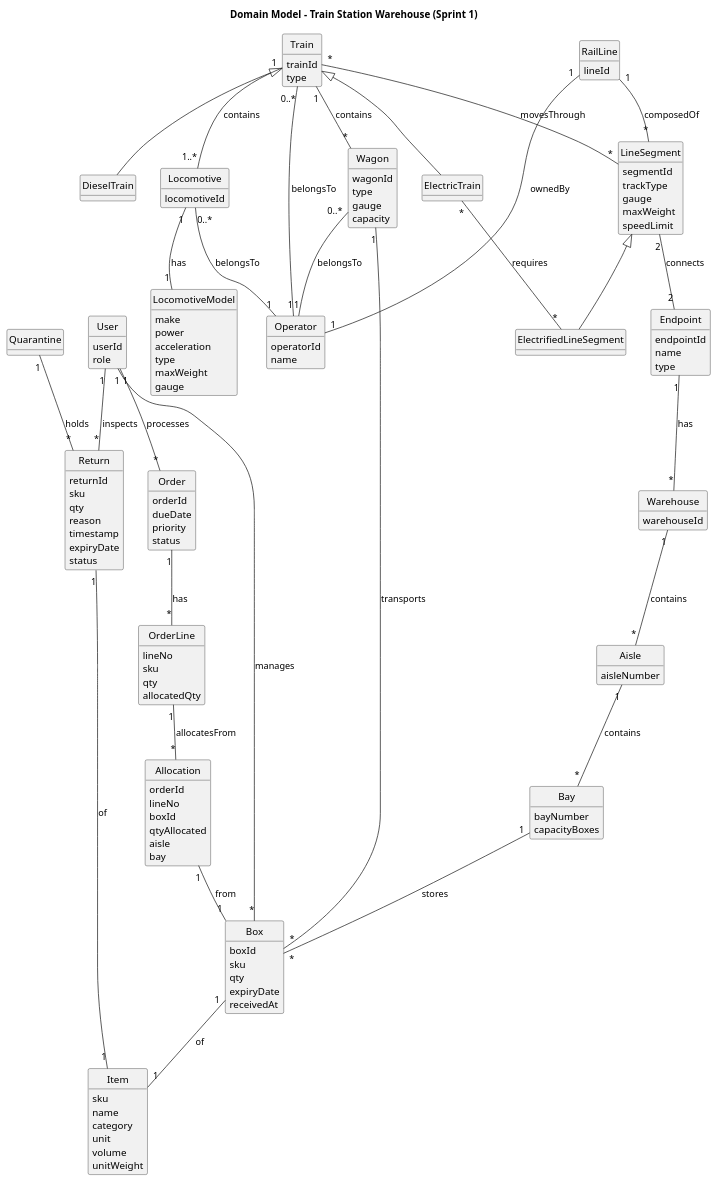
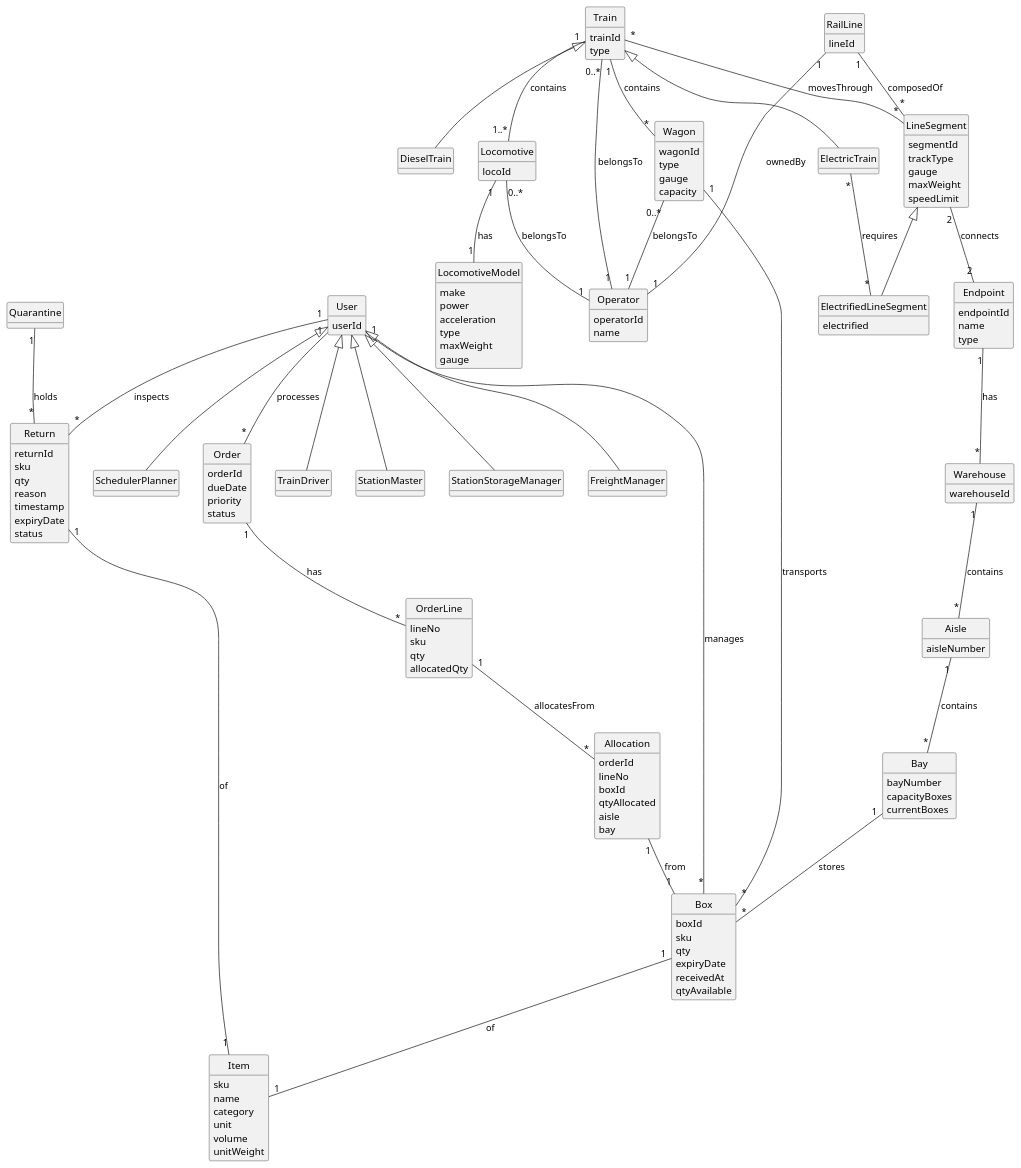
One commit to brunodspinto/railway-logistics-platform changed the diagram in docs/global-artifacts/domainModel.puml. Above: the diagram before and after it, drawn with PlantUML. The commit also changed 1 other file, not shown here.

Commit message:
update domain model

```diff
--- a/docs/global-artifacts/domainModel.puml
+++ b/docs/global-artifacts/domainModel.puml
@@ -1,166 +1,182 @@
 @startuml
 skinparam monochrome true
 skinparam packageStyle rectangle
 skinparam shadowing false
 skinparam classAttributeIconSize 0
 hide circle
 hide methods
 
-title Domain Model - Train Station Warehouse (Sprint 1)
 
 class Warehouse {
     warehouseId
 }
 
 class Aisle {
     aisleNumber
 }
 
 class Bay {
     bayNumber
     capacityBoxes
+    currentBoxes
 }
 
 class Box {
     boxId
     sku
     qty
     expiryDate
     receivedAt
+    qtyAvailable
 }
 
 class Item {
     sku
     name
     category
     unit
     volume
     unitWeight
 }
 
 class Wagon {
     wagonId
     type
     gauge
     capacity
 }
 
 class Locomotive {
-    locomotiveId
+    locoId
 }
 
 class LocomotiveModel {
     make
     power
     acceleration
     type
     maxWeight
     gauge
 }
 
 class Train {
     trainId
     type
 }
 
 class DieselTrain
 
 class ElectricTrain
 
 class RailLine {
     lineId
 }
 
 class LineSegment {
     segmentId
     trackType
     gauge
     maxWeight
     speedLimit
 }
 
 class ElectrifiedLineSegment {
+    electrified
 }
 
 class Endpoint {
     endpointId
     name
     type
 }
 
 class Operator {
     operatorId
     name
 }
 
 class Order {
     orderId
     dueDate
     priority
     status
 }
 
 class OrderLine {
     lineNo
     sku
     qty
     allocatedQty
 }
 
 class Allocation {
     orderId
     lineNo
     boxId
     qtyAllocated
     aisle
     bay
 }
 
 class Return {
     returnId
     sku
     qty
     reason
     timestamp
     expiryDate
     status
 }
 
 class Quarantine {
 }
 
 class User {
     userId
-    role
 }
+
+class TrainDriver
+
+class StationMaster
+
+class StationStorageManager
+
+class FreightManager
+
+class SchedulerPlanner
 
 Warehouse "1" -- "*" Aisle : contains
 Aisle "1" -- "*" Bay : contains
 Bay "1" -- "*" Box : stores
 Box "1" -- "1" Item : of
 Wagon "1" -- "*" Box : transports
 Wagon "0..*" -- "1" Operator : belongsTo
 Locomotive "0..*" -- "1" Operator : belongsTo
 Locomotive "1" -- "1" LocomotiveModel : has
 Train "1" -- "1..*" Locomotive : contains
 Train "1" -- "*" Wagon : contains
 Train "0..*" -- "1" Operator : belongsTo
 Train "*" -- "*" LineSegment : movesThrough
 Train <|-- ElectricTrain
 Train <|-- DieselTrain
 RailLine "1" -- "*" LineSegment : composedOf
 LineSegment "2" -- "2" Endpoint : connects
 LineSegment <|-- ElectrifiedLineSegment
 RailLine "1" -- "1" Operator : ownedBy
 ElectricTrain "*" -- "*" ElectrifiedLineSegment : requires
 Order "1" -- "*" OrderLine : has
 OrderLine "1" -- "*" Allocation : allocatesFrom
 Allocation "1" -- "1" Box : from
 Return "1" -- "1" Item : of
 Quarantine "1" -- "*" Return : holds
 User "1" -- "*" Order : processes
 User "1" -- "*" Return : inspects
 User "1" -- "*" Box : manages
 Endpoint "1" -- "*" Warehouse : has
+User <|-- TrainDriver
+User <|-- StationMaster
+User <|-- StationStorageManager
+User <|-- FreightManager
+User <|-- SchedulerPlanner
 
 @enduml
```
